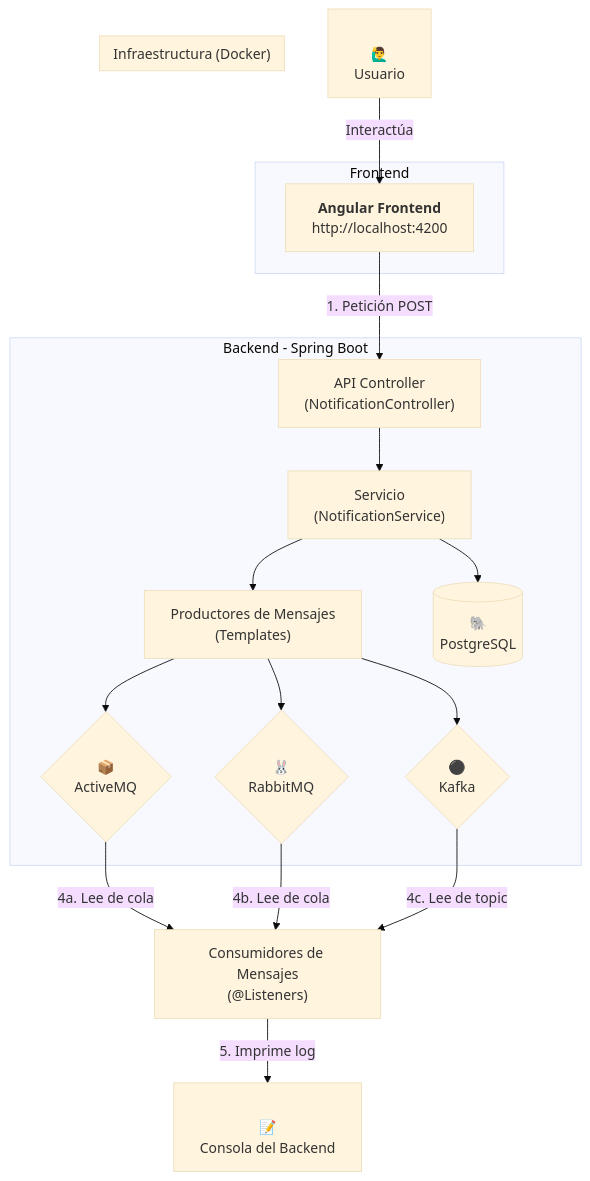
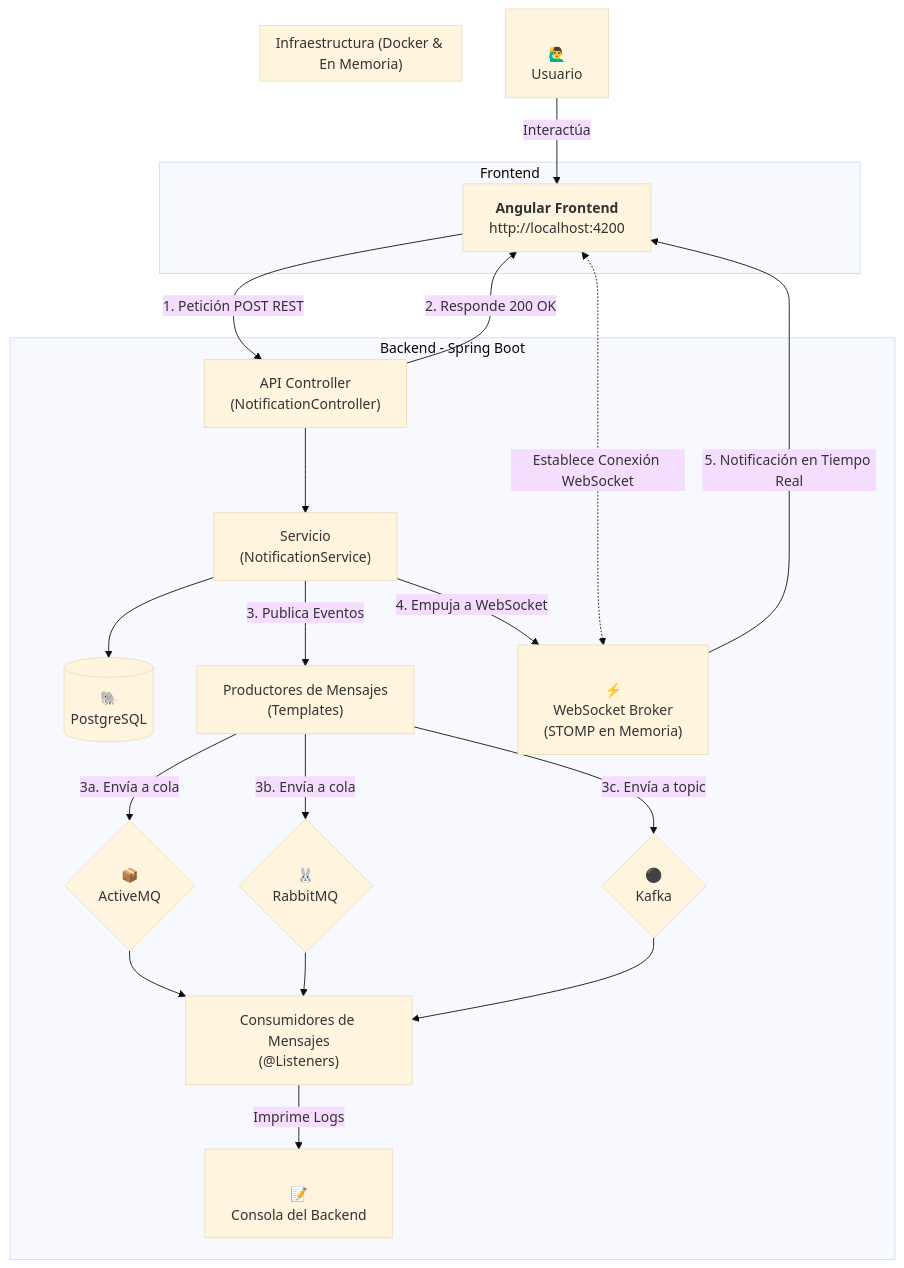
The diagram in README.md (ale-fuentes-ar/interview-spring-multibrokers), drawn with Mermaid (base theme) before and after one commit. The commit also changed 10 other files, not shown here.

````diff
--- a/README.md
+++ b/README.md
@@ -29,45 +29,51 @@
 ```mermaid
 graph TD
     %% Definición de Nodos
     U["<br/>🙋‍♂️<br/>Usuario"]
     A["<b>Angular Frontend</b><br/>http://localhost:4200"]
     C["API Controller<br/>(NotificationController)"]
     S["Servicio<br/>(NotificationService)"]
+    DB[("🐘<br/>PostgreSQL")]
     P["Productores de Mensajes<br/>(Templates)"]
-    CON["Consumidores de Mensajes<br/>(@Listeners)"]
-    LOGS["<br/>📝<br/>Consola del Backend"]
-    DB[("🐘<br/>PostgreSQL")]
+    WS_Broker["<br/>⚡️<br/>WebSocket Broker<br/>(STOMP en Memoria)"]
     B1{"📦<br/>ActiveMQ"}
     B2{"🐰<br/>RabbitMQ"}
     B3{"⚫<br/>Kafka"}
-
+    CON["Consumidores de Mensajes<br/>(@Listeners)"]
+    LOGS["<br/>📝<br/>Consola del Backend"]
+    
+    %% Agrupación en Subgrafos
     subgraph "Frontend"
         A
     end
 
     subgraph "Backend - Spring Boot"
         C --> S
-        S --> P
         S --> DB
-        P --> B1
-        P --> B2
-        P --> B3
+        S -- "3. Publica Eventos" --> P
+        P -- "3a. Envía a cola" --> B1
+        P -- "3b. Envía a cola" --> B2
+        P -- "3c. Envía a topic" --> B3
+        B1 & B2 & B3 --> CON
+        CON -- "Imprime Logs" --> LOGS
+        
+        S -- "4. Empuja a WebSocket" --> WS_Broker
     end
 
-    subgraph "Infraestructura (Docker)"
+    subgraph "Infraestructura (Docker & En Memoria)"
         DB
         B1
         B2
         B3
+        WS_Broker
     end
     
     %% Flujo de la Aplicación
     U -- "Interactúa" --> A
-    A -- "1. Petición POST" --> C
     
-    B1 -- "4a. Lee de cola" --> CON
-    B2 -- "4b. Lee de cola" --> CON
-    B3 -- "4c. Lee de topic" --> CON
+    A -- "1. Petición POST REST" --> C
+    C -- "2. Responde 200 OK" --> A
     
-    CON -- "5. Imprime log" --> LOGS
+    A <-.->|Establece Conexión WebSocket| WS_Broker
+    WS_Broker -- "5. Notificación en Tiempo Real" --> A
 ```
````
